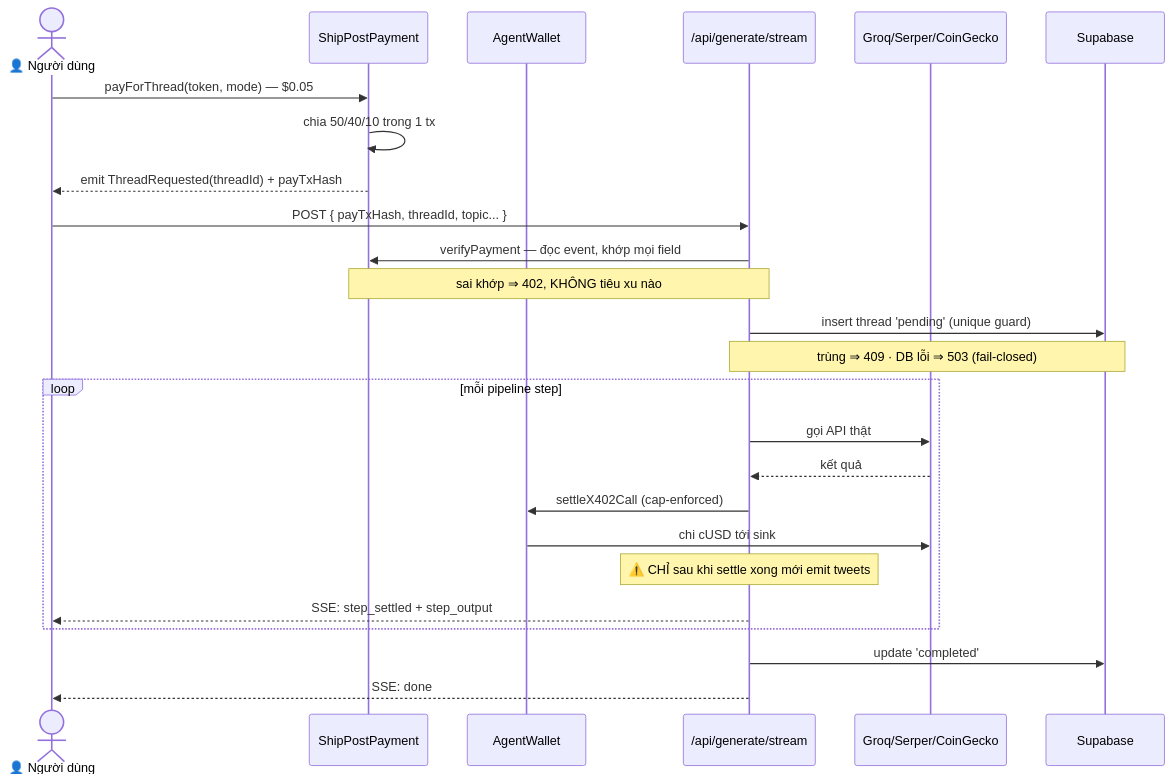
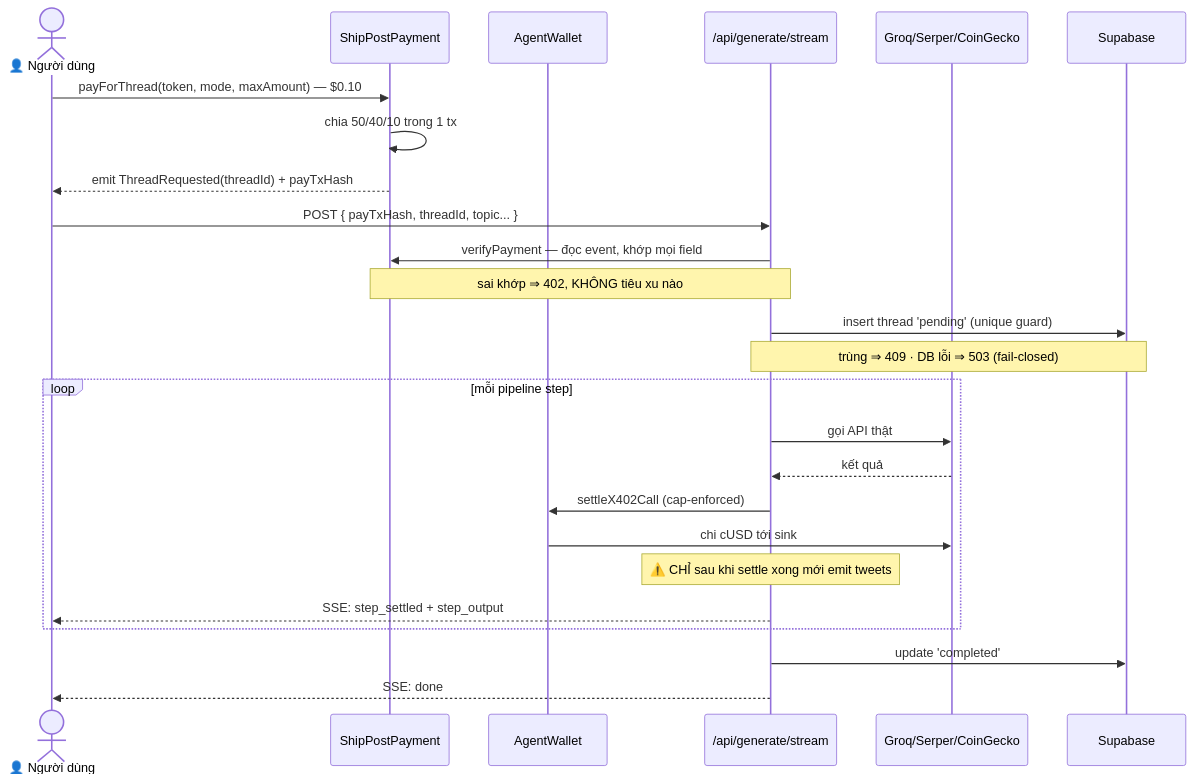
The second of 13 diagrams in docs/ARCHITECTURE.md (hms1499/shippost), drawn with Mermaid before and after one commit. The commit also changed other lines of this file and 8 other files, not shown here.

````diff
--- a/docs/ARCHITECTURE.md
+++ b/docs/ARCHITECTURE.md
@@ -66,31 +67,31 @@
 ```mermaid
 sequenceDiagram
     actor U as 👤 Người dùng
     participant P as ShipPostPayment
     participant A as AgentWallet
     participant S as /api/generate/stream
     participant AI as Groq/Serper/CoinGecko
     participant DB as Supabase
 
-    U->>P: payForThread(token, mode) — $0.05
+    U->>P: payForThread(token, mode, maxAmount) — $0.10
     P->>P: chia 50/40/10 trong 1 tx
     P-->>U: emit ThreadRequested(threadId) + payTxHash
 
     U->>S: POST { payTxHash, threadId, topic... }
     S->>P: verifyPayment — đọc event, khớp mọi field
     Note over S,P: sai khớp ⇒ 402, KHÔNG tiêu xu nào
     S->>DB: insert thread 'pending' (unique guard)
     Note over S,DB: trùng ⇒ 409 · DB lỗi ⇒ 503 (fail-closed)
 
     loop mỗi pipeline step
         S->>AI: gọi API thật
         AI-->>S: kết quả
         S->>A: settleX402Call (cap-enforced)
         A->>AI: chi cUSD tới sink
         Note over S: ⚠️ CHỈ sau khi settle xong mới emit tweets
         S-->>U: SSE: step_settled + step_output
     end
 
     S->>DB: update 'completed'
     S-->>U: SSE: done
 ```
````
